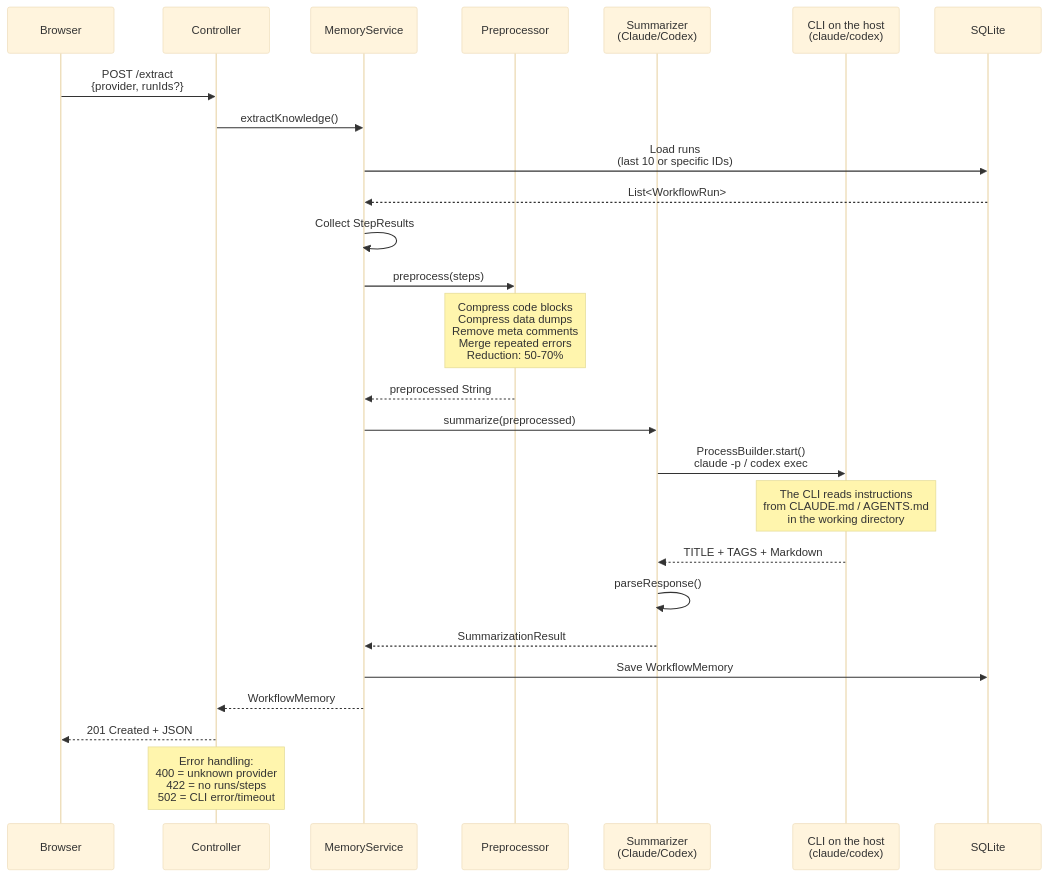
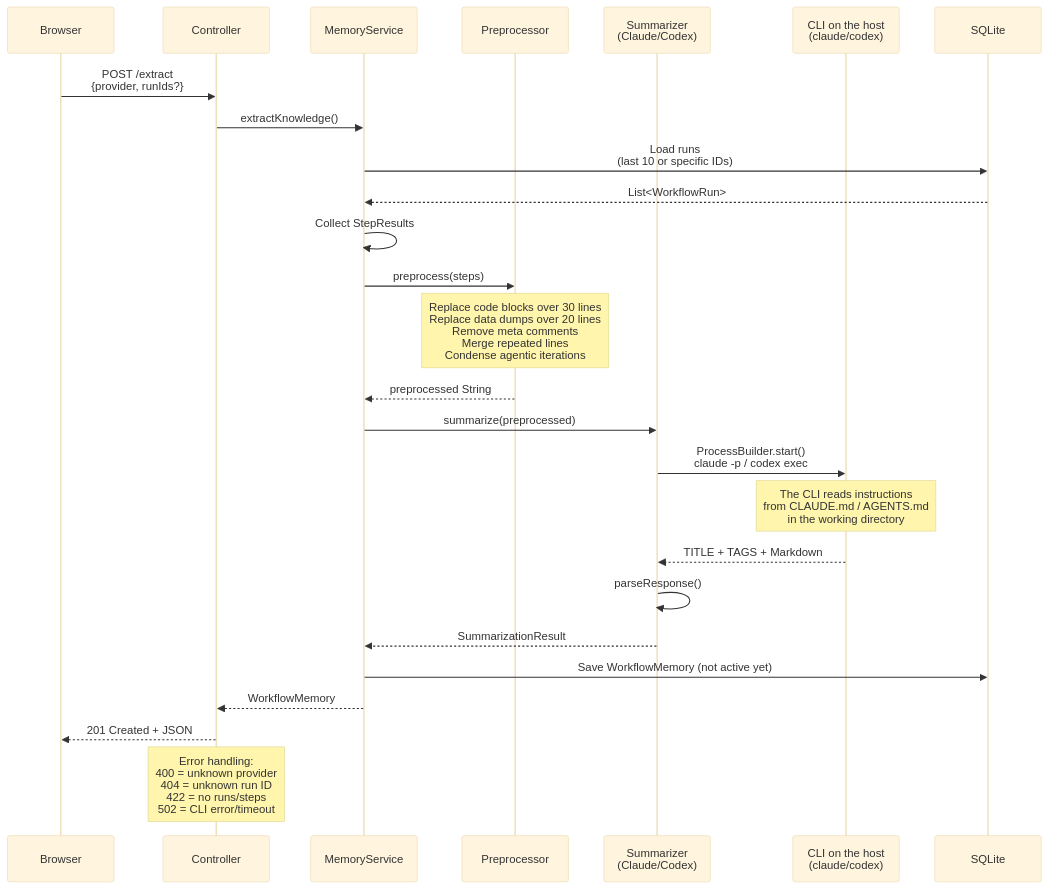
Before and after one commit to FLSEST/MySuricates: the second of 7 diagrams in docs/en/workflow-memory-diagrams.md, drawn with Mermaid (base theme). The commit also changed other lines of this file and 4 other files, not shown here.

First line of the commit message:
docs(diagramme): Memory page describes the current state instead of an old refactoring

````diff
--- a/docs/en/workflow-memory-diagrams.md
+++ b/docs/en/workflow-memory-diagrams.md
@@ -60,30 +62,30 @@
 ```mermaid
 sequenceDiagram
     participant B as Browser
     participant C as Controller
     participant S as MemoryService
     participant P as Preprocessor
     participant SM as Summarizer<br/>(Claude/Codex)
     participant CLI as CLI on the host<br/>(claude/codex)
     participant DB as SQLite
 
     B->>C: POST /extract<br/>{provider, runIds?}
     C->>S: extractKnowledge()
     S->>DB: Load runs<br/>(last 10 or specific IDs)
     DB-->>S: List<WorkflowRun>
     S->>S: Collect StepResults
     S->>P: preprocess(steps)
-    Note over P: Compress code blocks<br/>Compress data dumps<br/>Remove meta comments<br/>Merge repeated errors<br/>Reduction: 50-70%
+    Note over P: Replace code blocks over 30 lines<br/>Replace data dumps over 20 lines<br/>Remove meta comments<br/>Merge repeated lines<br/>Condense agentic iterations
     P-->>S: preprocessed String
     S->>SM: summarize(preprocessed)
     SM->>CLI: ProcessBuilder.start()<br/>claude -p / codex exec
     Note over CLI: The CLI reads instructions<br/>from CLAUDE.md / AGENTS.md<br/>in the working directory
     CLI-->>SM: TITLE + TAGS + Markdown
     SM->>SM: parseResponse()
     SM-->>S: SummarizationResult
-    S->>DB: Save WorkflowMemory
+    S->>DB: Save WorkflowMemory (not active yet)
     S-->>C: WorkflowMemory
     C-->>B: 201 Created + JSON
 
-    Note over C: Error handling:<br/>400 = unknown provider<br/>422 = no runs/steps<br/>502 = CLI error/timeout
+    Note over C: Error handling:<br/>400 = unknown provider<br/>404 = unknown run ID<br/>422 = no runs/steps<br/>502 = CLI error/timeout
 ```
````
